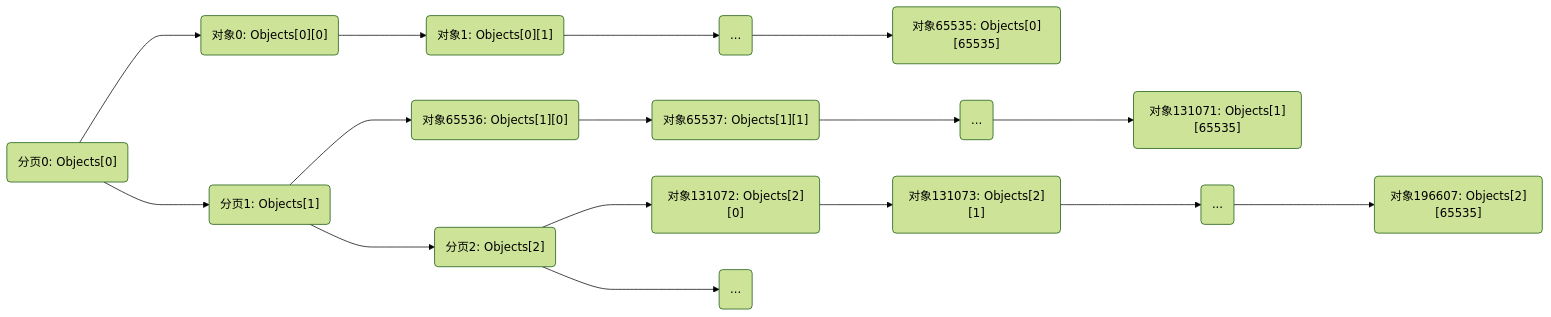
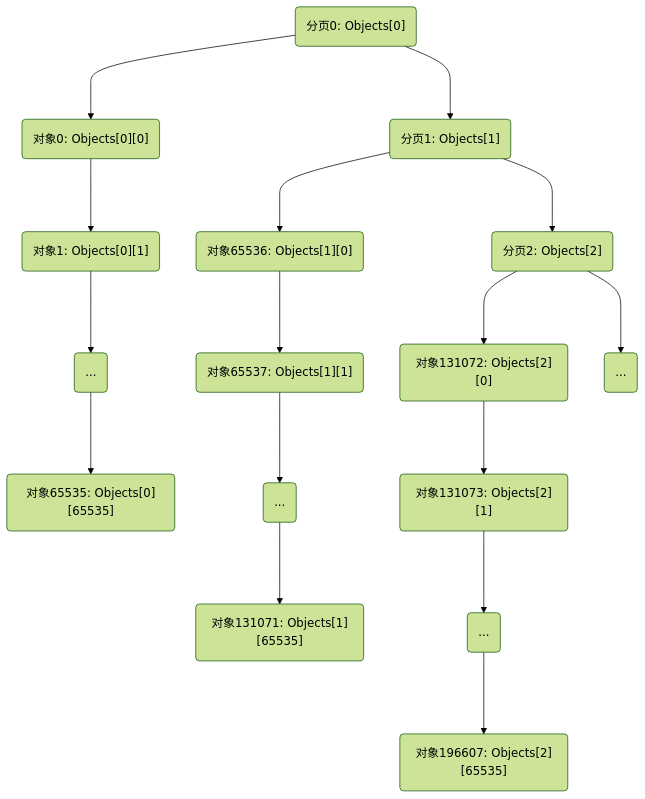
One commit to GotGimhong/WorkNotes changed the first of 3 diagrams in unreal_engine/object_management.md. Above: the diagram before and after it, drawn with Mermaid (forest theme). The commit also changed other lines of this file, not shown here.

Commit message:
Optimize mermaid graphs in a document

````diff
--- a/unreal_engine/object_management.md
+++ b/unreal_engine/object_management.md
@@ -131,35 +131,35 @@
 ```mermaid
-graph LR
+graph TD
 Chunk_0("分页0: Objects[0]")
     Item_00("对象0: Objects[0][0]")
     Item_01("对象1: Objects[0][1]")
     Item_0K("...")
     Item_0N("对象65535: Objects[0][65535]")
 Chunk_1("分页1: Objects[1]")
     Item_10("对象65536: Objects[1][0]")
     Item_11("对象65537: Objects[1][1]")
     Item_1K("...")
     Item_1N("对象131071: Objects[1][65535]")
 Chunk_2("分页2: Objects[2]")
     Item_20("对象131072: Objects[2][0]")
     Item_21("对象131073: Objects[2][1]")
     Item_2K("...")
     Item_2N("对象196607: Objects[2][65535]")
 Chunk_K("...")
 
 Chunk_0 ---> Chunk_1
     Chunk_0 ---> Item_00
     Item_00 ---> Item_01
     Item_01 ---> Item_0K
     Item_0K ---> Item_0N
 Chunk_1 ---> Chunk_2
     Chunk_1 ---> Item_10
     Item_10 ---> Item_11
     Item_11 ---> Item_1K
     Item_1K ---> Item_1N
 Chunk_2 ---> Chunk_K
     Chunk_2 ---> Item_20
     Item_20 ---> Item_21
     Item_21 ---> Item_2K
     Item_2K ---> Item_2N
 ```
````
